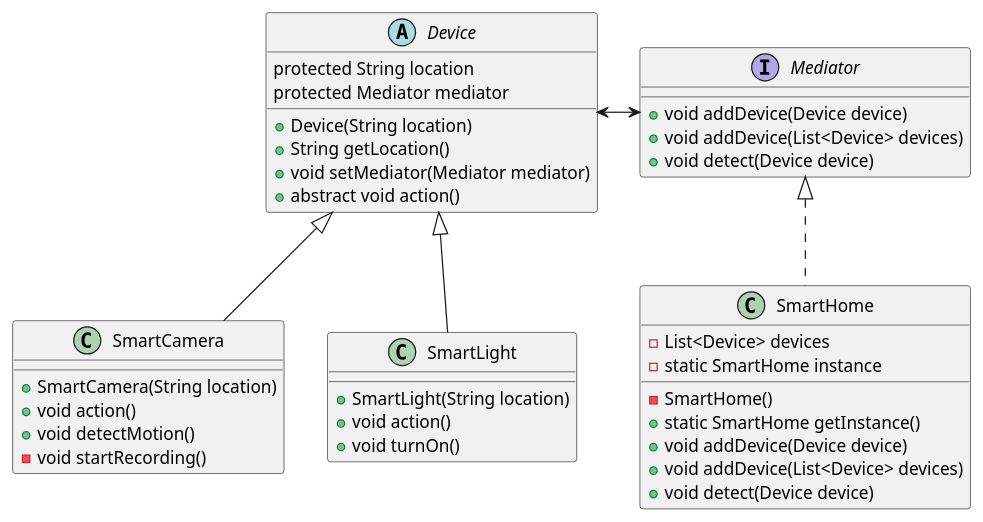
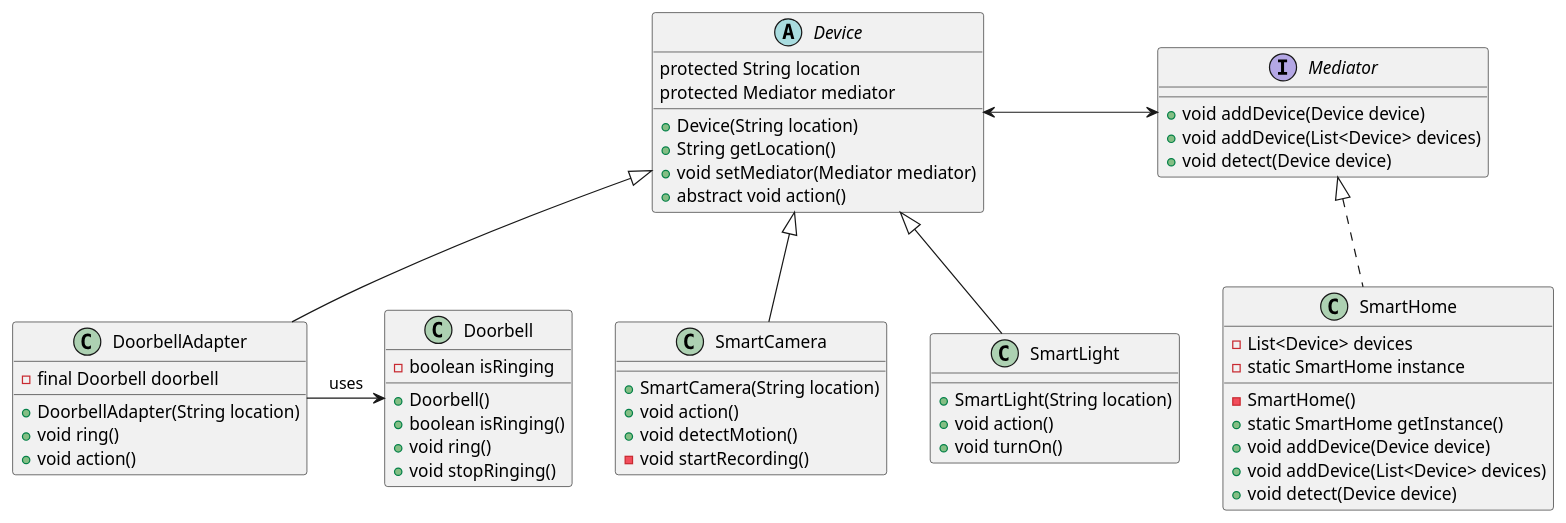
Before and after one commit to corndel-swe/bee-mail-Charlie-robin: the diagram in src/main/resources/demo.puml, drawn with PlantUML. The commit also changed 5 other files, not shown here.

```diff
--- a/src/main/resources/demo.puml
+++ b/src/main/resources/demo.puml
@@ -2,44 +2,61 @@
 @startuml
 'https://plantuml.com/class-diagram
 
     abstract class Device {
         protected String location
         protected Mediator mediator
         +Device(String location)
         +String getLocation()
         +void setMediator(Mediator mediator)
         +abstract void action()
     }
 
     interface Mediator {
         +void addDevice(Device device)
         +void addDevice(List<Device> devices)
         +void detect(Device device)
     }
 
     class SmartCamera extends Device {
         +SmartCamera(String location)
         +void action()
         +void detectMotion()
         -void startRecording()
     }
 
     class SmartHome implements Mediator {
         -List<Device> devices
         -static SmartHome instance
         -SmartHome()
         +static SmartHome getInstance()
         +void addDevice(Device device)
         +void addDevice(List<Device> devices)
         +void detect(Device device)
     }
 
     class SmartLight extends Device {
         +SmartLight(String location)
         +void action()
         +void turnOn()
     }
 
+ class Doorbell {
+        - boolean isRinging
+        + Doorbell()
+        + boolean isRinging()
+        + void ring()
+        + void stopRinging()
+    }
+
+    class DoorbellAdapter extends Device {
+        - final Doorbell doorbell
+        + DoorbellAdapter(String location)
+        + void ring()
+        + void action()
+    }
+
+
     Device <-> Mediator
+    DoorbellAdapter -> Doorbell : uses
 
 @enduml
```
